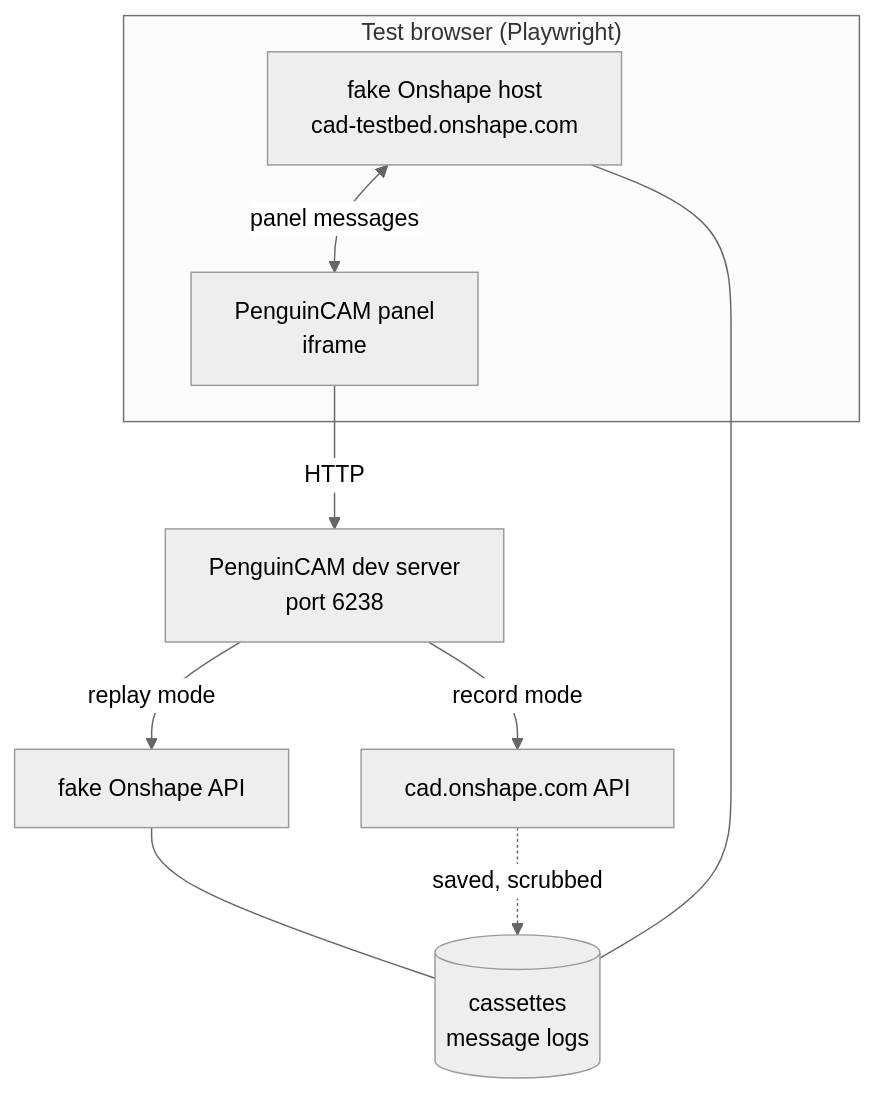
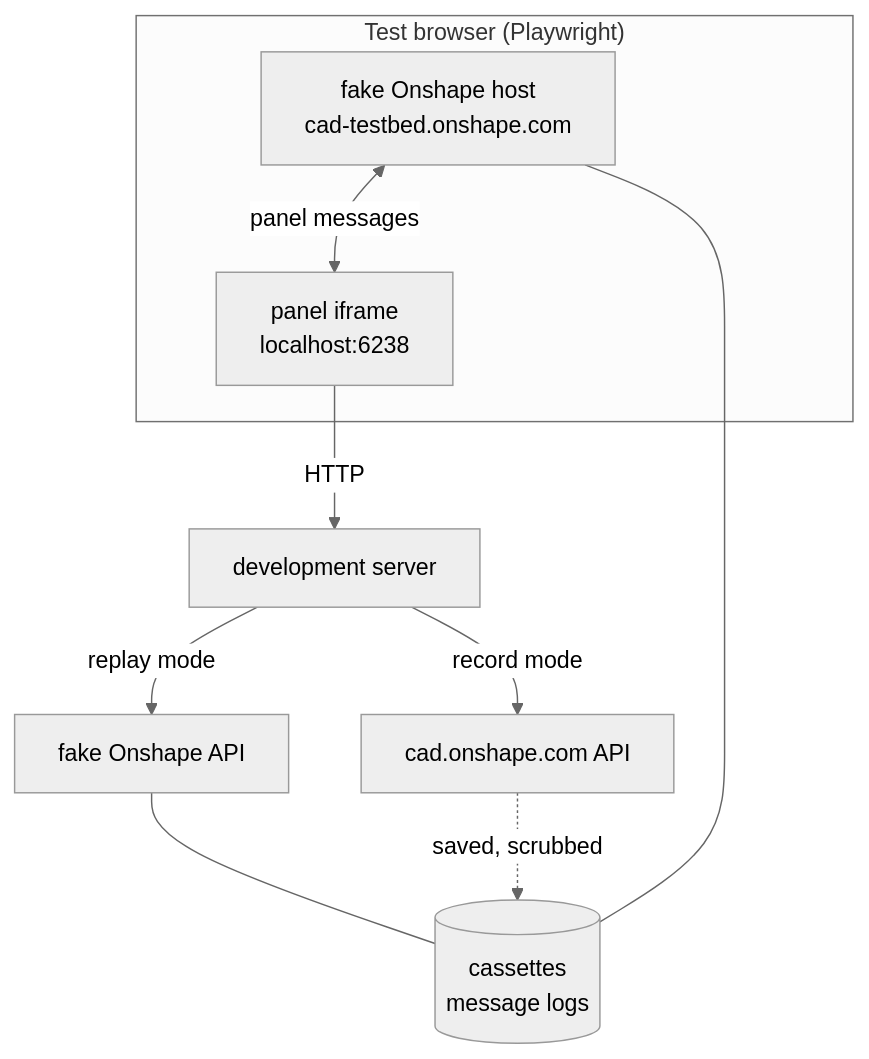
Before and after one commit to chondl/PenguinCAM-notes: the diagram in specs/2026-10-09-onshape-test-bed-design.md, drawn with Mermaid (neutral theme). The commit also changed other lines of this file and 1 other file, not shown here.

````diff
--- a/specs/2026-10-09-onshape-test-bed-design.md
+++ b/specs/2026-10-09-onshape-test-bed-design.md
@@ -127,14 +162,14 @@
 ```mermaid
 flowchart TB
     subgraph browser["Test browser (Playwright)"]
         host["fake Onshape host<br/>cad-testbed.onshape.com"]
-        panel["PenguinCAM panel<br/>iframe"]
+        panel["panel iframe<br/>localhost:6238"]
         host <-->|"panel messages"| panel
     end
-    panel -->|"HTTP"| server["PenguinCAM dev server<br/>port 6238"]
+    panel -->|"HTTP"| server["development server"]
     server -->|"replay mode"| fakeapi["fake Onshape API"]
     server -->|"record mode"| real["cad.onshape.com API"]
-    fakeapi --- cassettes[("cassettes<br/>message logs")]
-    real -.->|"saved, scrubbed"| cassettes
-    host --- cassettes
+    fakeapi --- store[("cassettes<br/>message logs")]
+    real -.->|"saved, scrubbed"| store
+    host --- store
 ```
````
